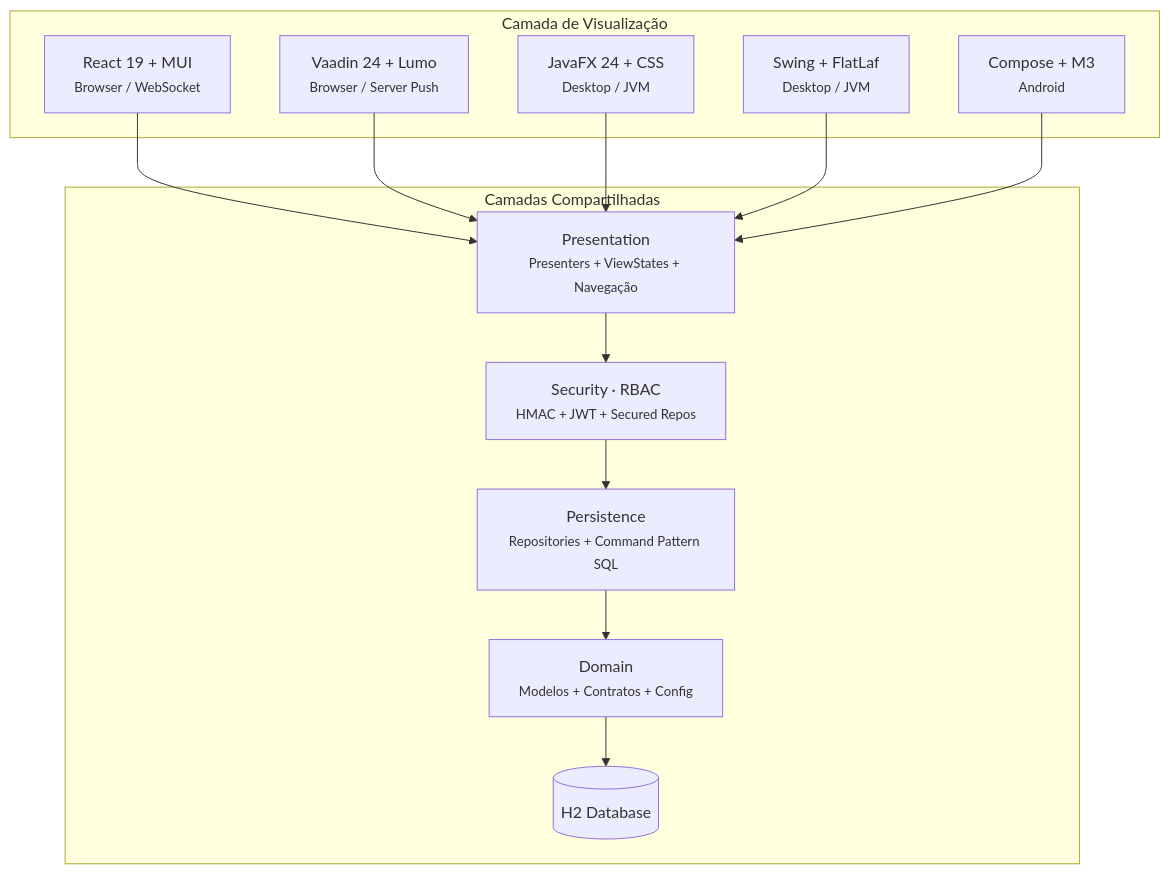
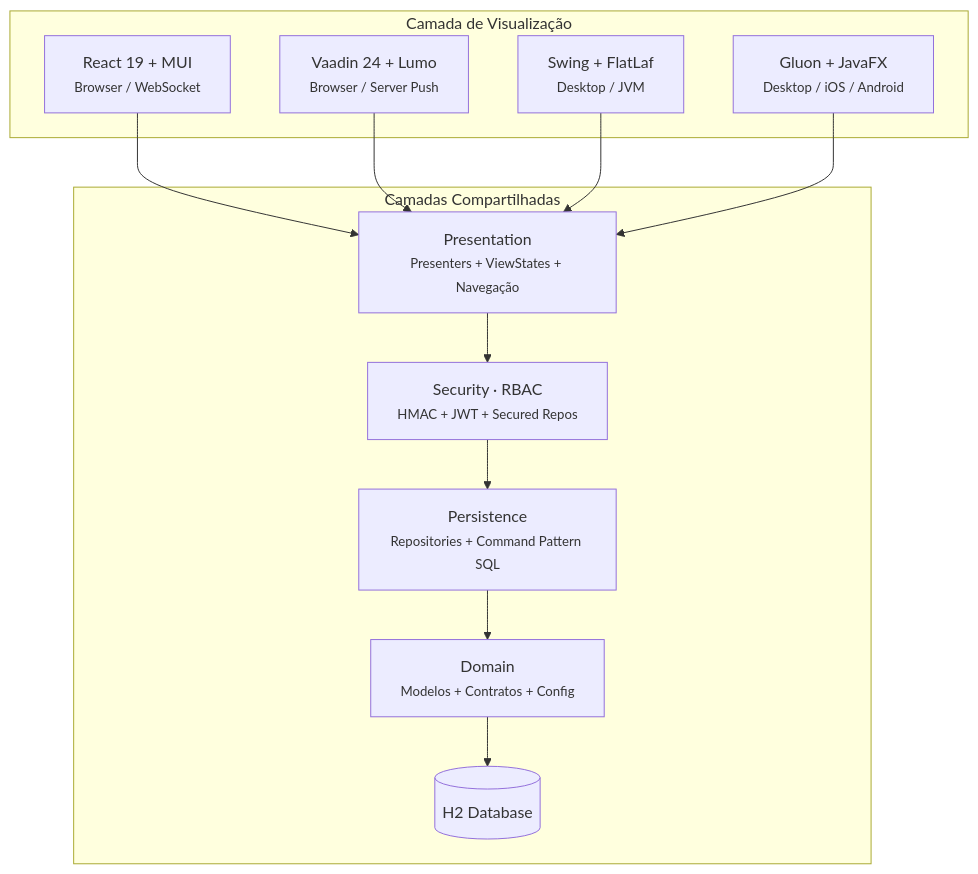
Before and after one commit to mrcdom/wdc-cube-java-v2: the diagram in README.md, drawn with Mermaid. The commit also changed other lines of this file and 80 other files, not shown here.

First line of the commit message:
refactor: remove módulos view.jfx e view.android (substituídos por view.gluon)

````diff
--- a/README.md
+++ b/README.md
@@ -9,25 +9,23 @@
 ```mermaid
 graph TD
     subgraph Views["Camada de Visualização"]
         R["React 19 + MUI<br/><small>Browser / WebSocket</small>"]
         V["Vaadin 24 + Lumo<br/><small>Browser / Server Push</small>"]
-        JFX["JavaFX 24 + CSS<br/><small>Desktop / JVM</small>"]
         SW["Swing + FlatLaf<br/><small>Desktop / JVM</small>"]
-        AND["Compose + M3<br/><small>Android</small>"]
+        GLN["Gluon + JavaFX<br/><small>Desktop / iOS / Android</small>"]
     end
 
     subgraph Core["Camadas Compartilhadas"]
         P["Presentation<br/><small>Presenters + ViewStates + Navegação</small>"]
         SEC["Security · RBAC<br/><small>HMAC + JWT + Secured Repos</small>"]
         PER["Persistence<br/><small>Repositories + Command Pattern SQL</small>"]
         DOM["Domain<br/><small>Modelos + Contratos + Config</small>"]
         DB[("H2 Database")]
     end
 
     R --> P
     V --> P
-    JFX --> P
     SW --> P
-    AND --> P
+    GLN --> P
     P --> SEC --> PER --> DOM --> DB
 ```
````
